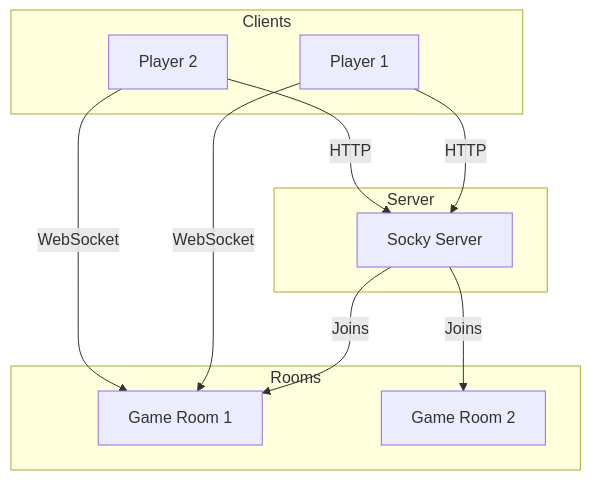
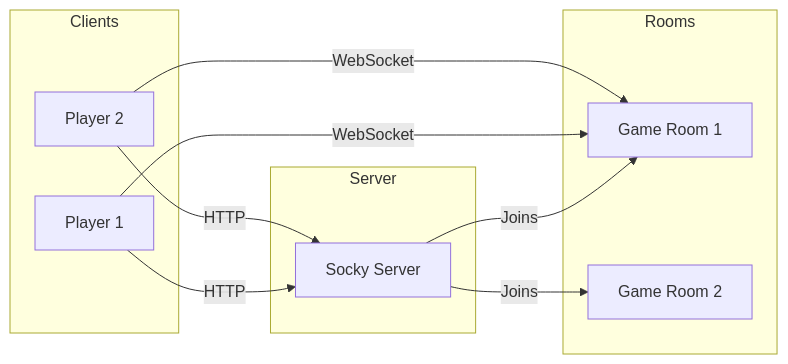
One commit to electr1fy0/socky changed the diagram in README.md. Above: the diagram before and after it, drawn with Mermaid.

Commit message:
simplify diagram

````diff
--- a/README.md
+++ b/README.md
@@ -13,25 +13,25 @@
 ```mermaid
-graph TD
+graph LR
     subgraph Clients
         P1[Player 1]
         P2[Player 2]
     end
 
     subgraph Server
         S[Socky Server]
     end
 
     subgraph Rooms
         R1[Game Room 1]
         R2[Game Room 2]
     end
 
     P1 -- HTTP --> S
     P2 -- HTTP --> S
 
     S -- Joins --> R1
     S -- Joins --> R2
 
     P1 -- WebSocket --> R1
     P2 -- WebSocket --> R1
 ```
````
